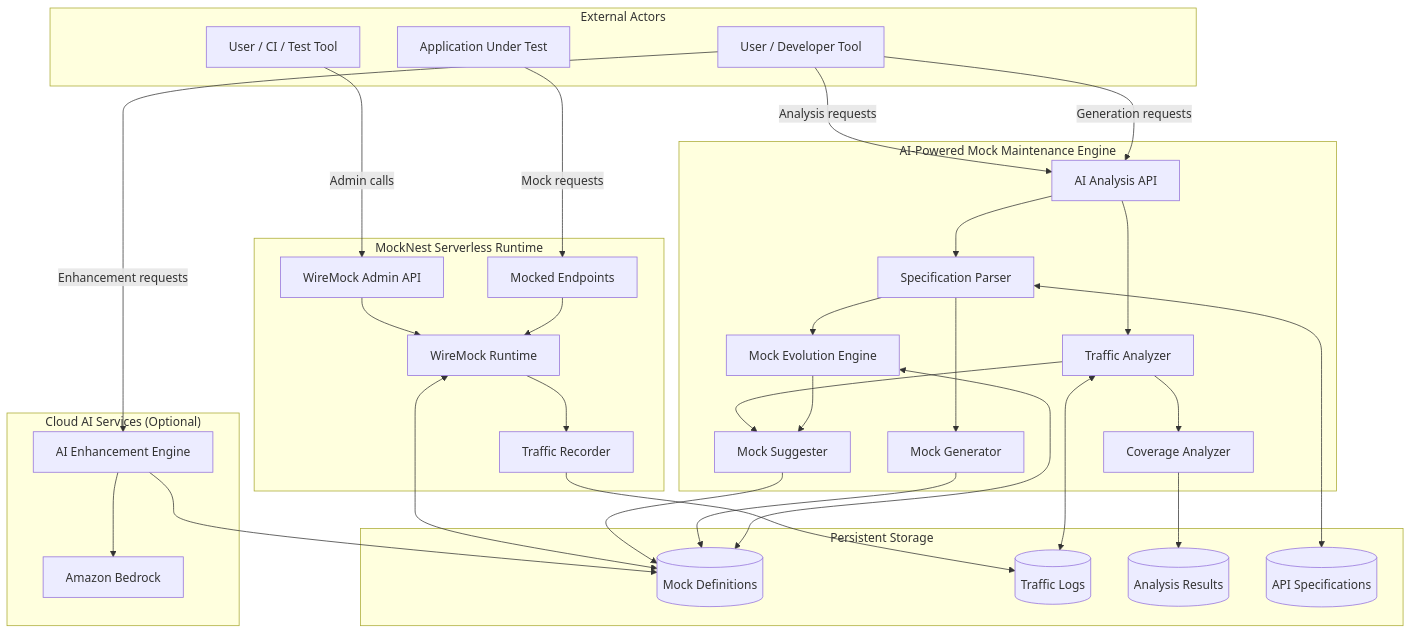
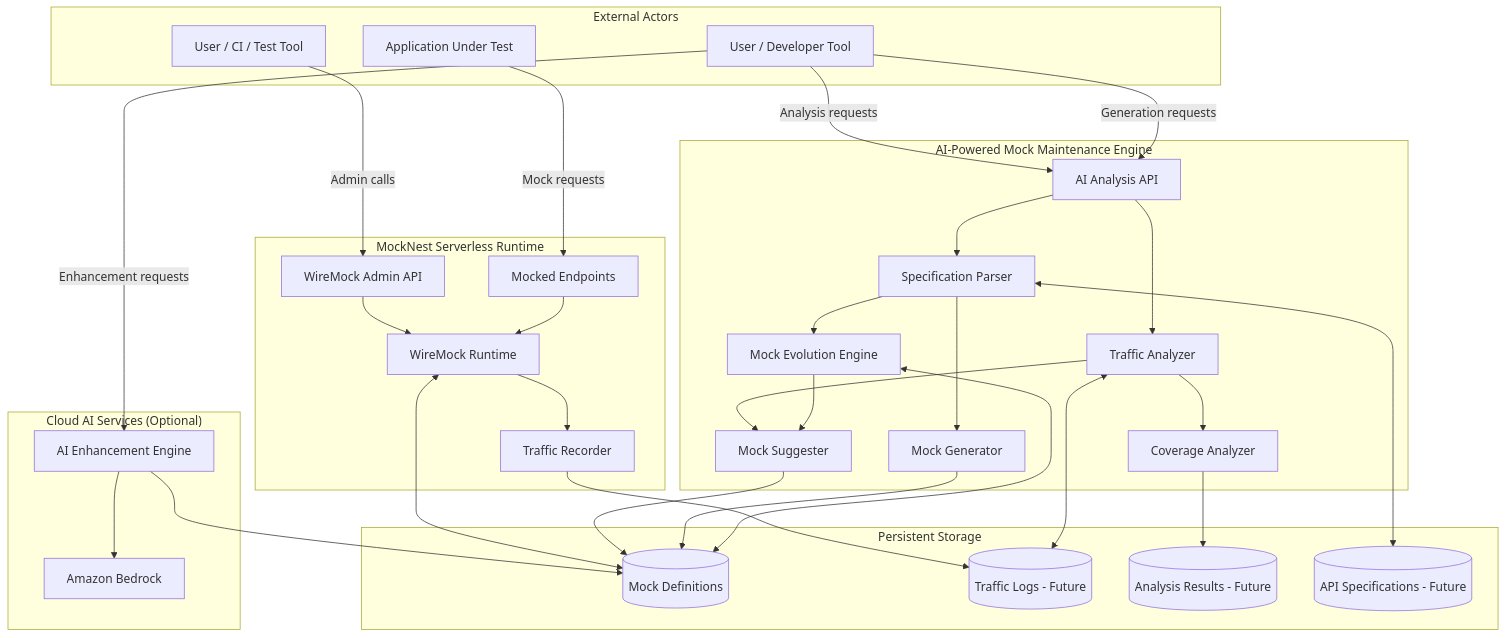
One commit to elenavanengelenmaslova/mocknest-serverless changed the first of 3 diagrams in .kiro/steering/structure.md. Above: the diagram before and after it, drawn with Mermaid. The commit also changed other lines of this file and 8 other files, not shown here.

````diff
--- a/.kiro/steering/structure.md
+++ b/.kiro/steering/structure.md
@@ -46,66 +46,66 @@
 ```mermaid
 flowchart TB
     subgraph Actors["External Actors"]
         USER[User / CI / Test Tool]
         AIUSER[User / Developer Tool]
         APP[Application Under Test]
     end
 
     subgraph Runtime["MockNest Serverless Runtime"]
         ADMIN[WireMock Admin API]
         MOCKS[Mocked Endpoints]
         WM[WireMock Runtime]
         TRAFFIC[Traffic Recorder]
         
         ADMIN --> WM
         MOCKS --> WM
         WM --> TRAFFIC
     end
 
     subgraph MockMaintenance["AI-Powered Mock Maintenance Engine"]
         AIAPI[AI Analysis API]
         ANALYZER[Traffic Analyzer]
         SUGGESTER[Mock Suggester]
         COVERAGE[Coverage Analyzer]
         SPECPARSER[Specification Parser]
         EVOLUTION[Mock Evolution Engine]
         GENERATOR[Mock Generator]
         
         AIAPI --> ANALYZER
         AIAPI --> SPECPARSER
         ANALYZER --> SUGGESTER
         ANALYZER --> COVERAGE
         SPECPARSER --> GENERATOR
         SPECPARSER --> EVOLUTION
         EVOLUTION --> SUGGESTER
     end
 
     subgraph CloudAI["Cloud AI Services (Optional)"]
         BEDROCK[Amazon Bedrock]
         AIGENERATOR[AI Enhancement Engine]
         AIGENERATOR --> BEDROCK
     end
 
     subgraph Storage["Persistent Storage"]
         MOCKSTORE[(Mock Definitions)]
-        TRAFFICSTORE[(Traffic Logs)]
-        ANALYSISSTORE[(Analysis Results)]
-        SPECSTORE[(API Specifications)]
+        TRAFFICSTORE[(Traffic Logs - Future)]
+        ANALYSISSTORE[(Analysis Results - Future)]
+        SPECSTORE[(API Specifications - Future)]
     end
 
     USER -->|Admin calls| ADMIN
     APP -->|Mock requests| MOCKS
     AIUSER -->|Analysis requests| AIAPI
     AIUSER -->|Generation requests| AIAPI
     AIUSER -->|Enhancement requests| AIGENERATOR
 
     WM <--> MOCKSTORE
     TRAFFIC --> TRAFFICSTORE
     ANALYZER <--> TRAFFICSTORE
     SUGGESTER --> MOCKSTORE
     COVERAGE --> ANALYSISSTORE
     GENERATOR --> MOCKSTORE
     EVOLUTION <--> MOCKSTORE
     SPECPARSER <--> SPECSTORE
     AIGENERATOR --> MOCKSTORE
 ```
````
